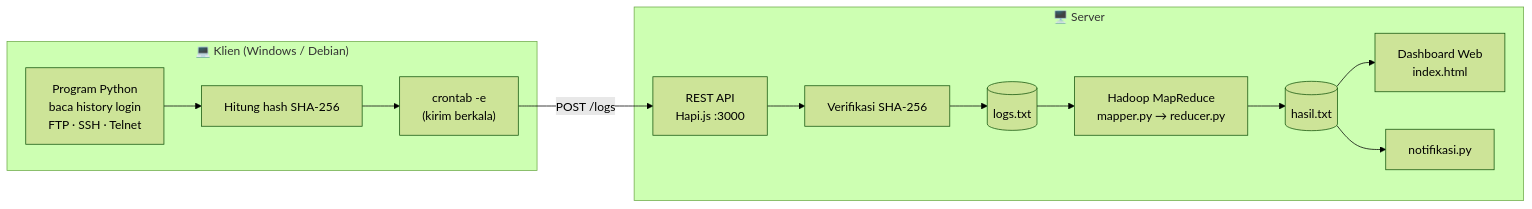
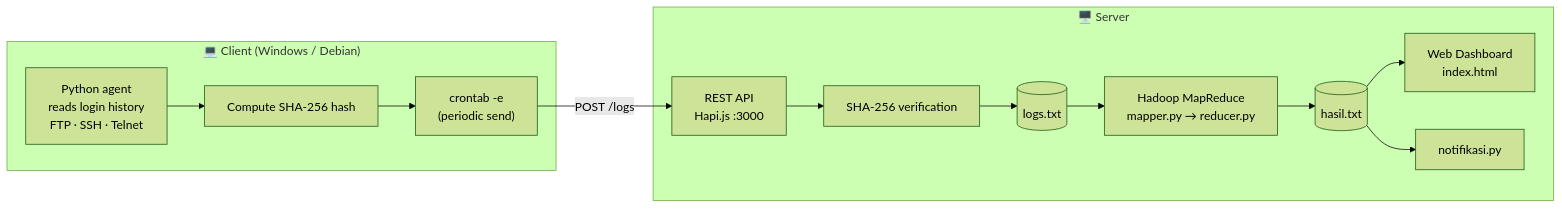
One commit to irfansss-03/sistem-logging-terdistribusi changed the diagram in README.md. Above: the diagram before and after it, drawn with Mermaid (forest theme). The commit also changed other lines of this file and 3 other files, not shown here.

First line of the commit message:
docs: translate to English and add full architecture documentation

````diff
--- a/README.md
+++ b/README.md
@@ -59,24 +61,24 @@
 ```mermaid
 flowchart LR
-    subgraph CLIENT["💻 Klien (Windows / Debian)"]
-        A["Program Python<br/>baca history login<br/>FTP · SSH · Telnet"]
-        B["Hitung hash SHA-256"]
-        C["crontab -e<br/>(kirim berkala)"]
+    subgraph CLIENT["💻 Client (Windows / Debian)"]
+        A["Python agent<br/>reads login history<br/>FTP · SSH · Telnet"]
+        B["Compute SHA-256 hash"]
+        C["crontab -e<br/>(periodic send)"]
         A --> B --> C
     end
 
     subgraph SERVER["🖥️ Server"]
         D["REST API<br/>Hapi.js :3000"]
-        E["Verifikasi SHA-256"]
+        E["SHA-256 verification"]
         F[("logs.txt")]
         G["Hadoop MapReduce<br/>mapper.py → reducer.py"]
         H[("hasil.txt")]
-        I["Dashboard Web<br/>index.html"]
+        I["Web Dashboard<br/>index.html"]
         J["notifikasi.py"]
         D --> E --> F --> G --> H
         H --> I
         H --> J
     end
 
     C -->|"POST /logs"| D
 ```
````
